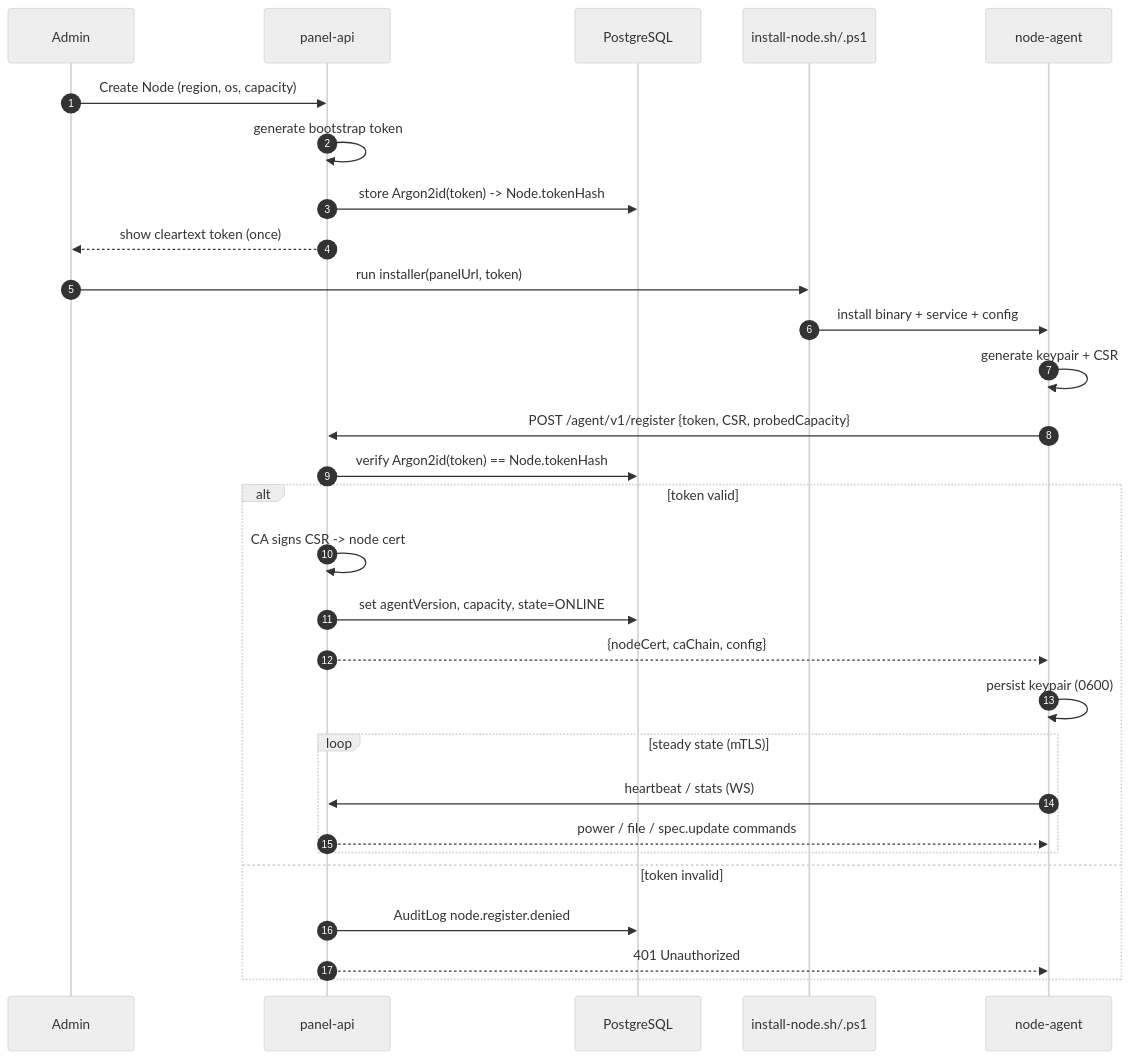
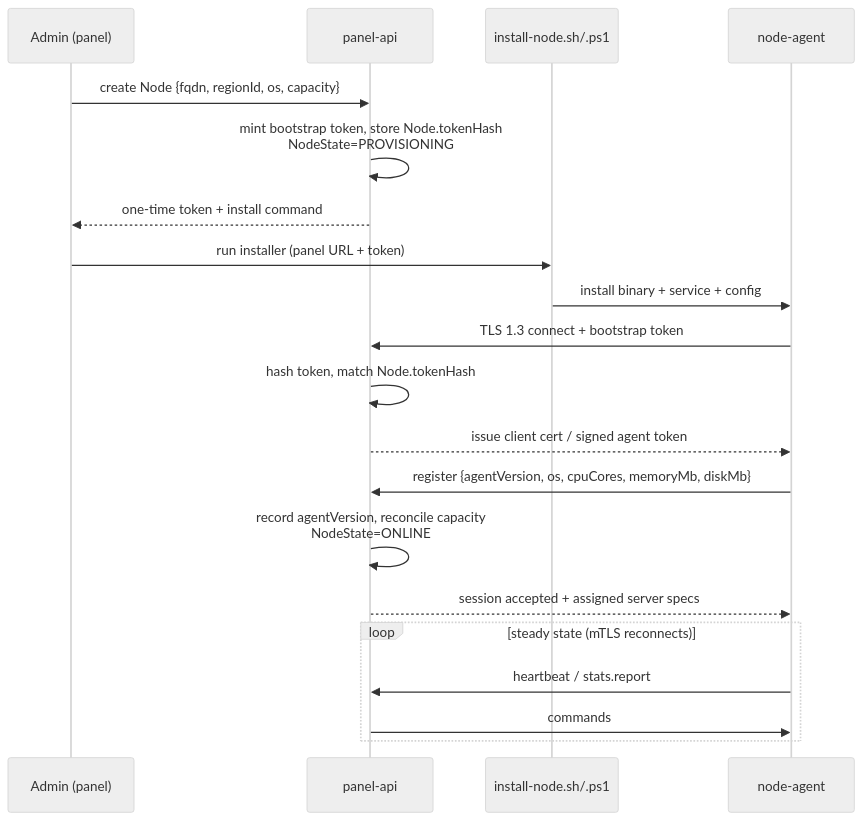
One commit to ReFxFrank/ReFxHosting changed the second of 3 diagrams in docs/06-node-agent.md. Above: the diagram before and after it, drawn with Mermaid (neutral theme). The commit also changed other lines of this file and 62 other files, not shown here.

Commit message:
Add full architecture and operations documentation set (docs/)

````diff
--- a/docs/06-node-agent.md
+++ b/docs/06-node-agent.md
@@ -108,33 +97,23 @@
 ```mermaid
 sequenceDiagram
-  autonumber
-  participant Admin
+  participant Adm as Admin (panel)
   participant API as panel-api
-  participant DB as PostgreSQL
   participant Inst as install-node.sh/.ps1
-  participant Agent as node-agent
+  participant N as node-agent
 
-  Admin->>API: Create Node (region, os, capacity)
-  API->>API: generate bootstrap token
-  API->>DB: store Argon2id(token) -> Node.tokenHash
-  API-->>Admin: show cleartext token (once)
-
-  Admin->>Inst: run installer(panelUrl, token)
-  Inst->>Agent: install binary + service + config
-  Agent->>Agent: generate keypair + CSR
-  Agent->>API: POST /agent/v1/register {token, CSR, probedCapacity}
-  API->>DB: verify Argon2id(token) == Node.tokenHash
-  alt token valid
-    API->>API: CA signs CSR -> node cert
-    API->>DB: set agentVersion, capacity, state=ONLINE
-    API-->>Agent: {nodeCert, caChain, config}
-    Agent->>Agent: persist keypair (0600)
-    loop steady state (mTLS)
-      Agent->>API: heartbeat / stats (WS)
-      API-->>Agent: power / file / spec.update commands
-    end
-  else token invalid
-    API->>DB: AuditLog node.register.denied
-    API-->>Agent: 401 Unauthorized
+  Adm->>API: create Node {fqdn, regionId, os, capacity}
+  API->>API: mint bootstrap token, store Node.tokenHash<br/>NodeState=PROVISIONING
+  API-->>Adm: one-time token + install command
+  Adm->>Inst: run installer (panel URL + token)
+  Inst->>N: install binary + service + config
+  N->>API: TLS 1.3 connect + bootstrap token
+  API->>API: hash token, match Node.tokenHash
+  API-->>N: issue client cert / signed agent token
+  N->>API: register {agentVersion, os, cpuCores, memoryMb, diskMb}
+  API->>API: record agentVersion, reconcile capacity<br/>NodeState=ONLINE
+  API-->>N: session accepted + assigned server specs
+  loop steady state (mTLS reconnects)
+    N->>API: heartbeat / stats.report
+    API->>N: commands
   end
 ```
````
